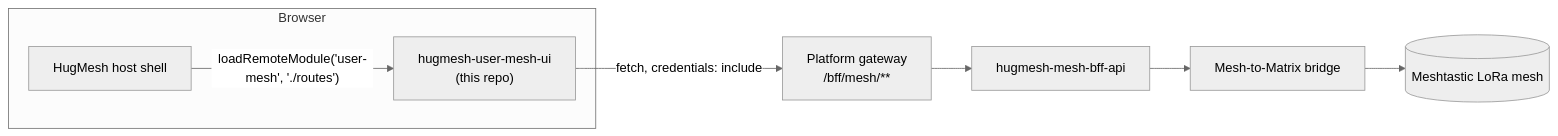
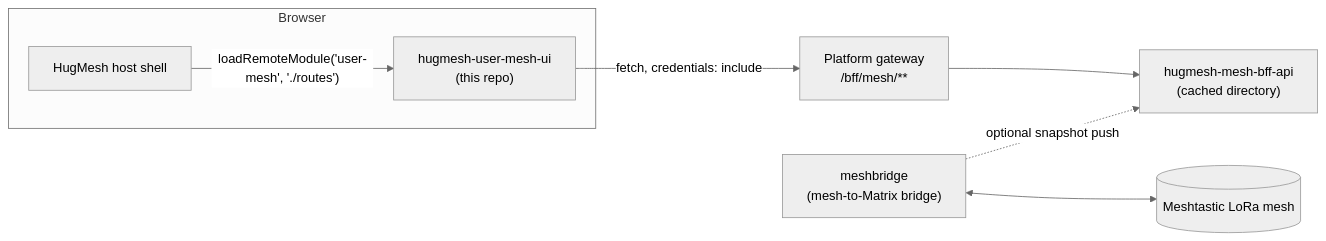
The diagram in content/reference/user-mesh-ui.md (hugmesh/hugmesh.github.io), drawn with Mermaid (neutral theme) before and after one commit. The commit also changed other lines of this file and 166 other files, not shown here.

````diff
--- a/content/reference/user-mesh-ui.md
+++ b/content/reference/user-mesh-ui.md
@@ -66,13 +82,13 @@
 ```mermaid
 flowchart LR
     subgraph browser["Browser"]
         host["HugMesh host shell"]
         remote["hugmesh-user-mesh-ui<br/>(this repo)"]
         host -- "loadRemoteModule('user-mesh', './routes')" --> remote
     end
 
     remote -- "fetch, credentials: include" --> gateway["Platform gateway<br/>/bff/mesh/**"]
-    gateway --> bff["hugmesh-mesh-bff-api"]
-    bff --> bridge["Mesh-to-Matrix bridge"]
-    bridge --> lora[("Meshtastic LoRa mesh")]
+    gateway --> bff["hugmesh-mesh-bff-api<br/>(cached directory)"]
+    bridge["meshbridge<br/>(mesh-to-Matrix bridge)"] -. "optional snapshot push" .-> bff
+    bridge <--> lora[("Meshtastic LoRa mesh")]
 ```
````
